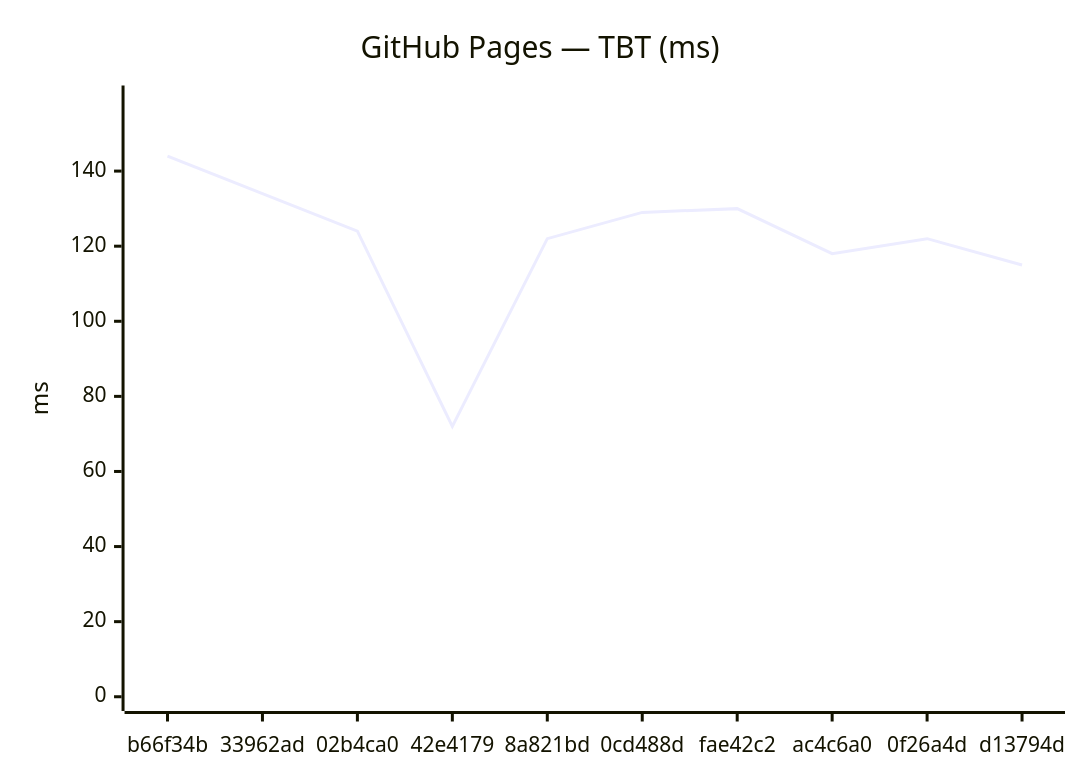
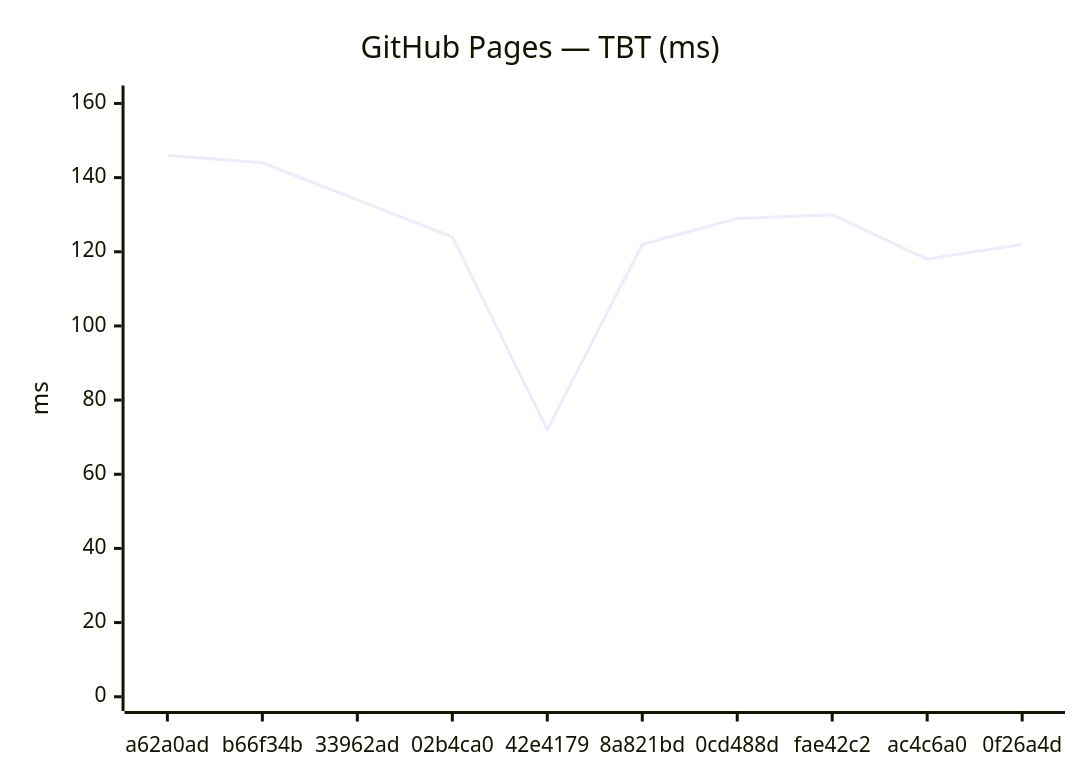
One commit to Metaheurist/Rianell changed the fourth of 18 diagrams in benchmarks/compare.md. Above: the diagram before and after it, drawn with Mermaid. The commit also changed other lines of this file and 11 other files, not shown here.

````diff
--- a/benchmarks/compare.md
+++ b/benchmarks/compare.md
@@ -61,7 +61,7 @@
 ```mermaid
 xychart-beta
     title "GitHub Pages — TBT (ms)"
-    x-axis ["b66f34b", "33962ad", "02b4ca0", "42e4179", "8a821bd", "0cd488d", "fae42c2", "ac4c6a0", "0f26a4d", "d13794d"]
-    y-axis "ms" 0 --> 159
-    line [144, 134, 124, 72, 122, 129, 130, 118, 122, 115]
+    x-axis ["a62a0ad", "b66f34b", "33962ad", "02b4ca0", "42e4179", "8a821bd", "0cd488d", "fae42c2", "ac4c6a0", "0f26a4d"]
+    y-axis "ms" 0 --> 161
+    line [146, 144, 134, 124, 72, 122, 129, 130, 118, 122]
 ```
````
